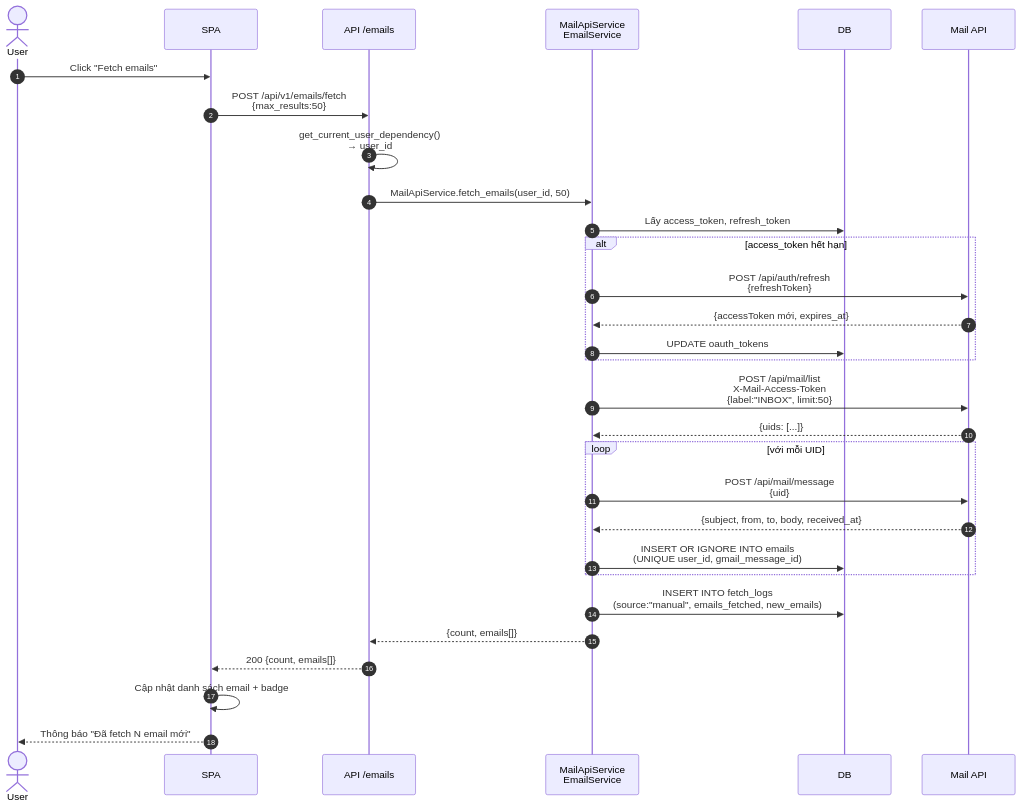
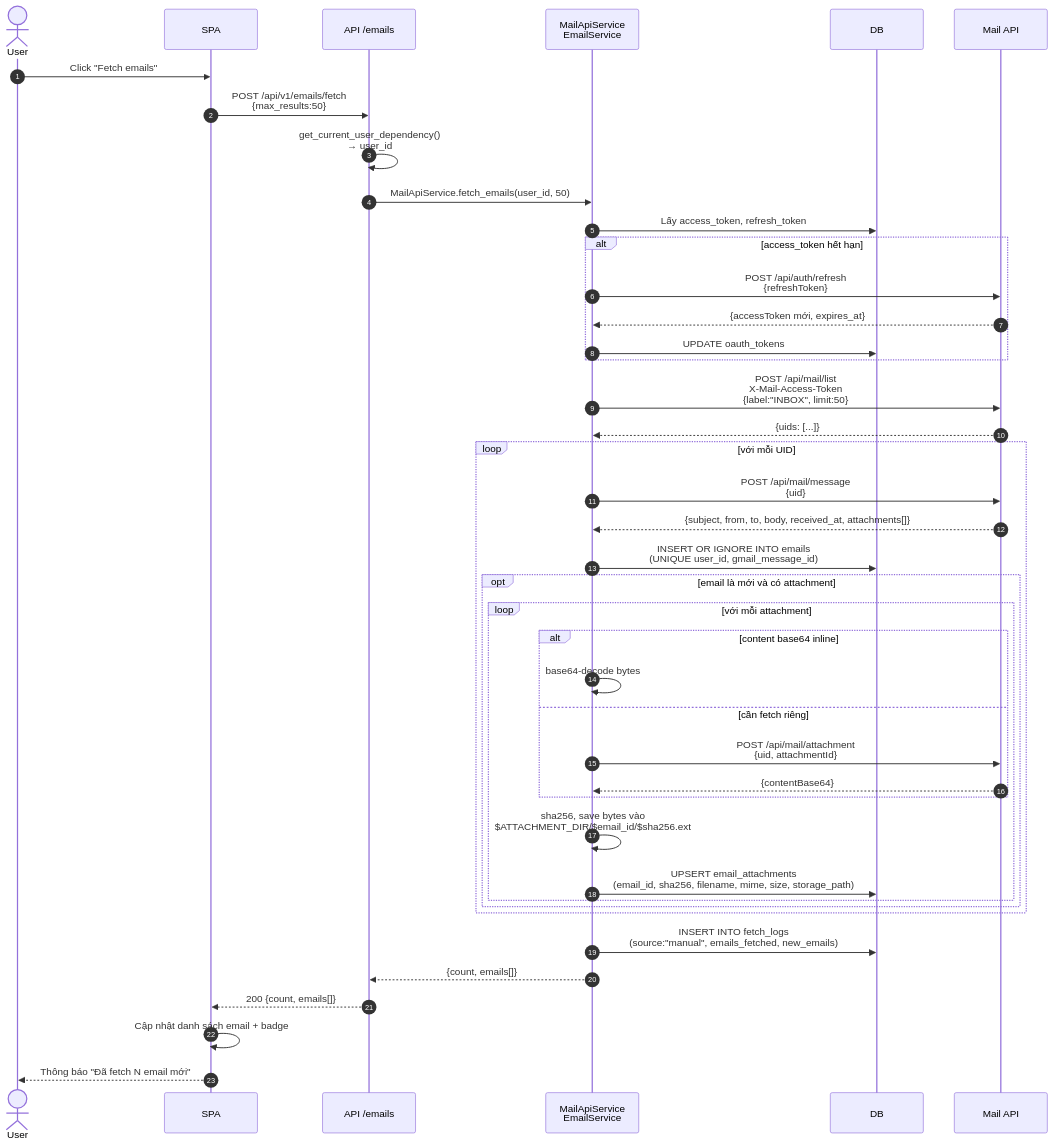
The fourth of 16 diagrams in docs/SEQUENCE_DIAGRAMS.md (jackorofrobert/Final_Project_FPTU), drawn with Mermaid before and after one commit. The commit also changed other lines of this file and 8 other files, not shown here.

Commit message:
feat: implement VirusTotal attachment scanning pipeline and integrate attachment processing into mail service

````diff
--- a/docs/SEQUENCE_DIAGRAMS.md
+++ b/docs/SEQUENCE_DIAGRAMS.md
@@ -134,33 +136,45 @@
 ```mermaid
 sequenceDiagram
     autonumber
     actor User
     participant SPA
     participant API as API /emails
     participant SVC as MailApiService<br/>EmailService
     participant DB
     participant Mail as Mail API
 
     User->>SPA: Click "Fetch emails"
     SPA->>API: POST /api/v1/emails/fetch<br/>{max_results:50}
     API->>API: get_current_user_dependency()<br/>→ user_id
     API->>SVC: MailApiService.fetch_emails(user_id, 50)
     SVC->>DB: Lấy access_token, refresh_token
     alt access_token hết hạn
         SVC->>Mail: POST /api/auth/refresh<br/>{refreshToken}
         Mail-->>SVC: {accessToken mới, expires_at}
         SVC->>DB: UPDATE oauth_tokens
     end
     SVC->>Mail: POST /api/mail/list<br/>X-Mail-Access-Token<br/>{label:"INBOX", limit:50}
     Mail-->>SVC: {uids: [...]}
     loop với mỗi UID
         SVC->>Mail: POST /api/mail/message<br/>{uid}
-        Mail-->>SVC: {subject, from, to, body, received_at}
+        Mail-->>SVC: {subject, from, to, body, received_at, attachments[]}
         SVC->>DB: INSERT OR IGNORE INTO emails<br/>(UNIQUE user_id, gmail_message_id)
+        opt email là mới và có attachment
+            loop với mỗi attachment
+                alt content base64 inline
+                    SVC->>SVC: base64-decode bytes
+                else cần fetch riêng
+                    SVC->>Mail: POST /api/mail/attachment<br/>{uid, attachmentId}
+                    Mail-->>SVC: {contentBase64}
+                end
+                SVC->>SVC: sha256, save bytes vào<br/>$ATTACHMENT_DIR/$email_id/$sha256.ext
+                SVC->>DB: UPSERT email_attachments<br/>(email_id, sha256, filename, mime, size, storage_path)
+            end
+        end
     end
     SVC->>DB: INSERT INTO fetch_logs<br/>(source:"manual", emails_fetched, new_emails)
     SVC-->>API: {count, emails[]}
     API-->>SPA: 200 {count, emails[]}
     SPA->>SPA: Cập nhật danh sách email + badge
     SPA-->>User: Thông báo "Đã fetch N email mới"
 ```
````
